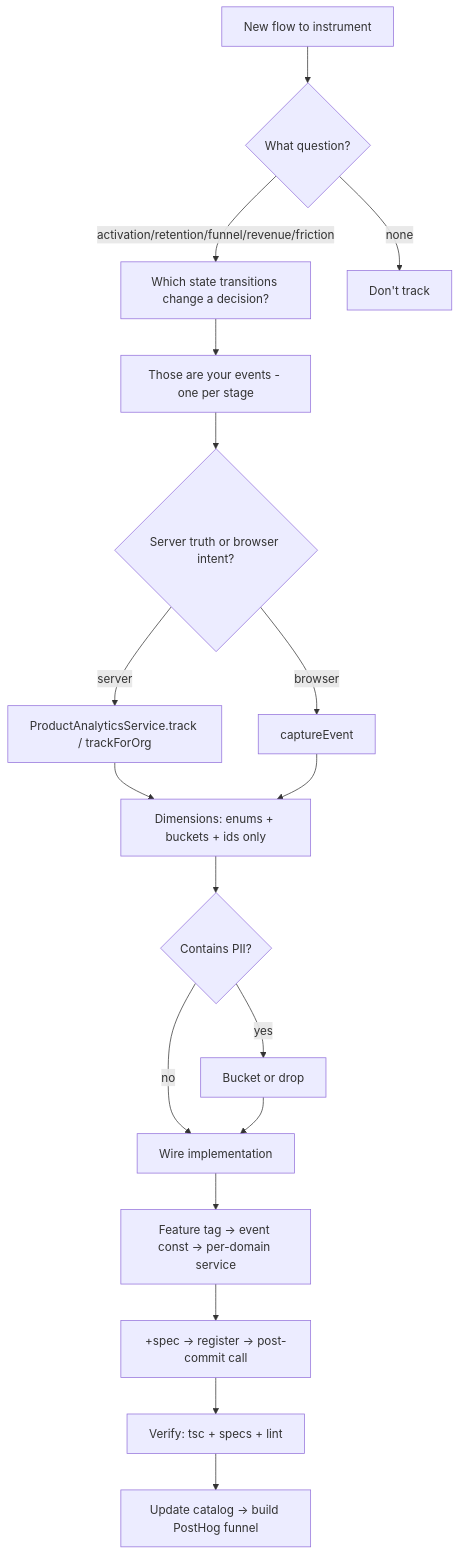
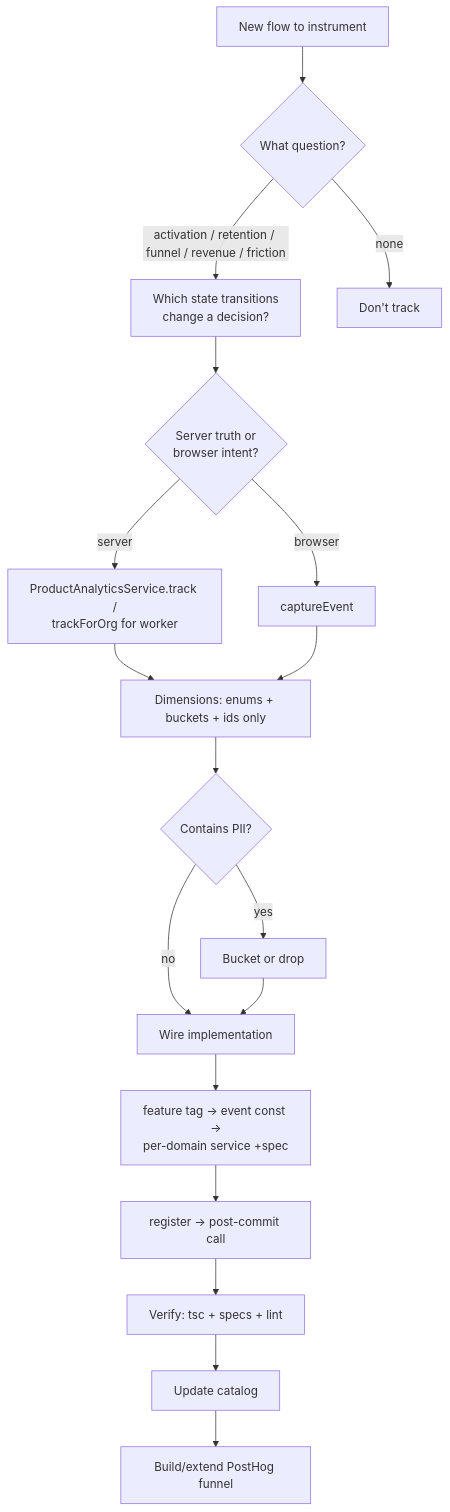
One commit to tech-propwise-org/docs changed the diagram in backend/analytics/agent-guide.mdx. Above: the diagram before and after it, drawn with Mermaid. The commit also changed other lines of this file and 68 other files, not shown here.

````diff
--- a/backend/analytics/agent-guide.mdx
+++ b/backend/analytics/agent-guide.mdx
@@ -483,25 +492,25 @@
 ```mermaid
 graph TD
     A[New flow to instrument] --> B{What question?}
-    B -->|activation/retention/funnel/revenue/friction| C[Which state transitions change a decision?]
+    B -->|activation / retention / funnel / revenue / friction| C[Which state transitions<br/>change a decision?]
     B -->|none| Z[Don't track]
     
-    C --> D[Those are your events - one per stage]
-    D --> E{Server truth or browser intent?}
+    C --> D{Server truth or<br/>browser intent?}
     
-    E -->|server| F[ProductAnalyticsService.track / trackForOrg]
-    E -->|browser| G[captureEvent]
+    D -->|server| E[ProductAnalyticsService.track /<br/>trackForOrg for worker]
+    D -->|browser| F[captureEvent]
     
-    F --> H[Dimensions: enums + buckets + ids only]
-    G --> H
+    E --> G[Dimensions: enums + buckets + ids only]
+    F --> G
     
-    H --> I{Contains PII?}
-    I -->|yes| J[Bucket or drop]
-    I -->|no| K[Wire implementation]
-    J --> K
+    G --> H{Contains PII?}
+    H -->|yes| I[Bucket or drop]
+    H -->|no| J[Wire implementation]
+    I --> J
     
-    K --> L[Feature tag → event const → per-domain service]
-    L --> M[+spec → register → post-commit call]
-    M --> N[Verify: tsc + specs + lint]
-    N --> O[Update catalog → build PostHog funnel]
+    J --> K[feature tag → event const →<br/>per-domain service +spec]
+    K --> L[register → post-commit call]
+    L --> M[Verify: tsc + specs + lint]
+    M --> N[Update catalog]
+    N --> O[Build/extend PostHog funnel]
 ```
````
